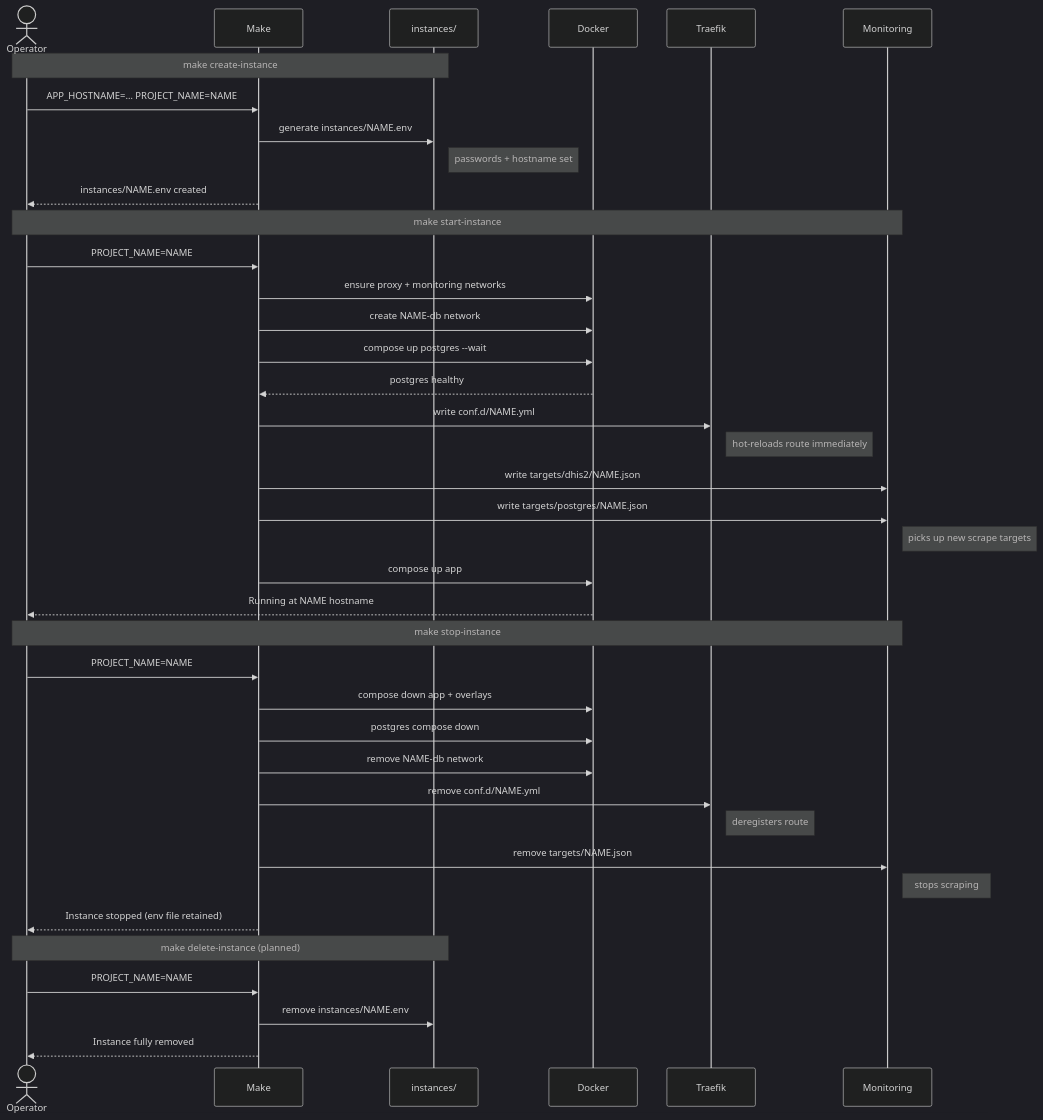
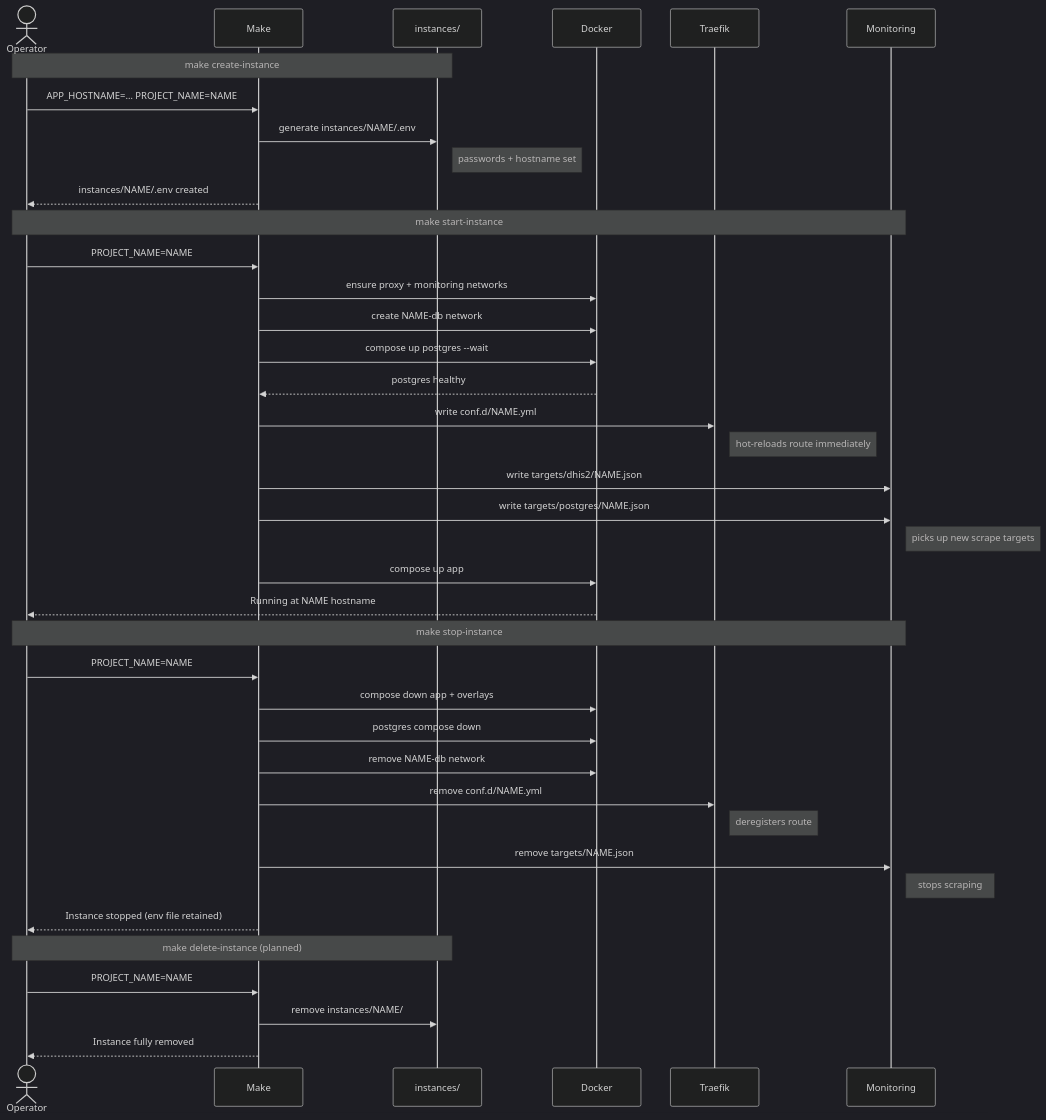
The second of 2 diagrams in docs/instance-management.md (dhis2/docker-deployment), drawn with Mermaid (dark theme) before and after one commit. The commit also changed 5 other files, not shown here.

First line of the commit message:
refactor: keep all per-instance files under instances/<name>/

````diff
--- a/docs/instance-management.md
+++ b/docs/instance-management.md
@@ -22,47 +22,47 @@
 ```mermaid
 sequenceDiagram
     actor Operator
     participant Make
     participant FS as instances/
     participant Docker
     participant Traefik
     participant Monitoring
 
     Note over Operator,FS: make create-instance
     Operator->>Make: APP_HOSTNAME=… PROJECT_NAME=NAME
-    Make->>FS: generate instances/NAME.env
+    Make->>FS: generate instances/NAME/.env
     Note right of FS: passwords + hostname set
-    Make-->>Operator: instances/NAME.env created
+    Make-->>Operator: instances/NAME/.env created
 
     Note over Operator,Monitoring: make start-instance
     Operator->>Make: PROJECT_NAME=NAME
     Make->>Docker: ensure proxy + monitoring networks
     Make->>Docker: create NAME-db network
     Make->>Docker: compose up postgres --wait
     Docker-->>Make: postgres healthy
     Make->>Traefik: write conf.d/NAME.yml
     Note right of Traefik: hot-reloads route immediately
     Make->>Monitoring: write targets/dhis2/NAME.json
     Make->>Monitoring: write targets/postgres/NAME.json
     Note right of Monitoring: picks up new scrape targets
     Make->>Docker: compose up app
     Docker-->>Operator: Running at NAME hostname
 
 
     Note over Operator,Monitoring: make stop-instance
     Operator->>Make: PROJECT_NAME=NAME
     Make->>Docker: compose down app + overlays
     Make->>Docker: postgres compose down
     Make->>Docker: remove NAME-db network
     Make->>Traefik: remove conf.d/NAME.yml
     Note right of Traefik: deregisters route
     Make->>Monitoring: remove targets/NAME.json
     Note right of Monitoring: stops scraping
     Make-->>Operator: Instance stopped (env file retained)
 
     Note over Operator,FS: make delete-instance (planned)
     Operator->>Make: PROJECT_NAME=NAME
-    Make->>FS: remove instances/NAME.env
+    Make->>FS: remove instances/NAME/
     Make-->>Operator: Instance fully removed
 
 ```
````
